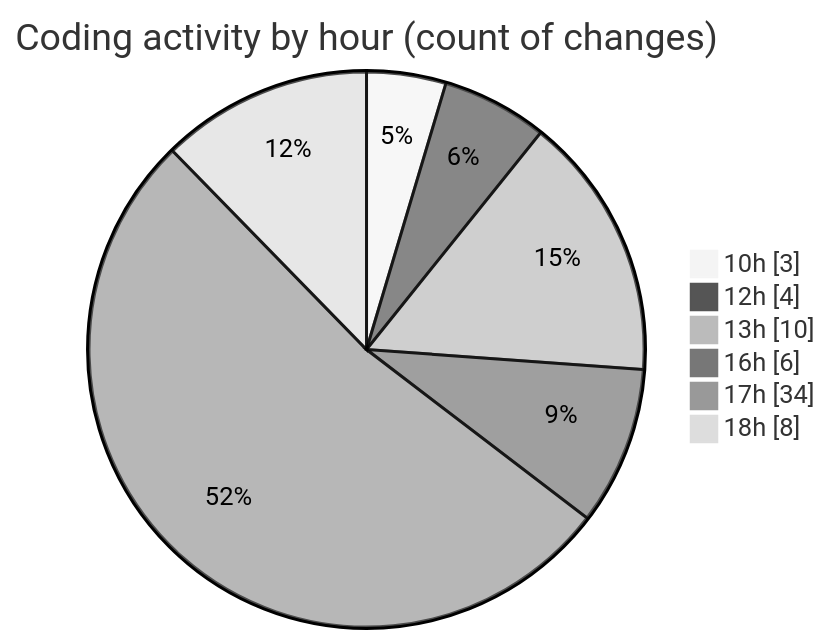
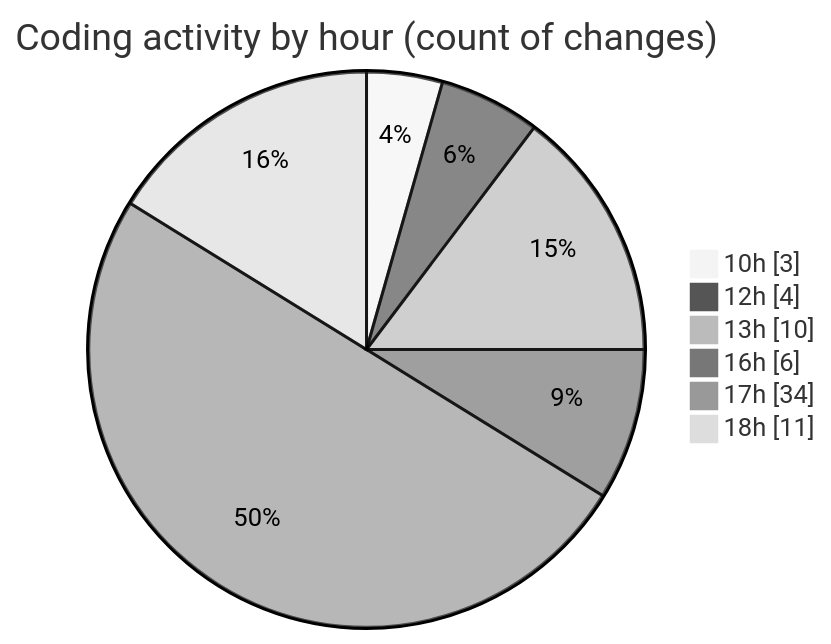
The second of 2 diagrams in 2025-10-27/cda/README.md (momahboobian/code-tracking), drawn with Mermaid (neutral theme) before and after one commit. The commit also changed other lines of this file and 1 other file, not shown here.

````diff
--- a/2025-10-27/cda/README.md
+++ b/2025-10-27/cda/README.md
@@ -35,10 +35,10 @@
 ```mermaid
 pie showData
 title Coding activity by hour (count of changes)
 "10h" : 3
 "12h" : 4
 "13h" : 10
 "16h" : 6
 "17h" : 34
-"18h" : 8
+"18h" : 11
 ```
````
